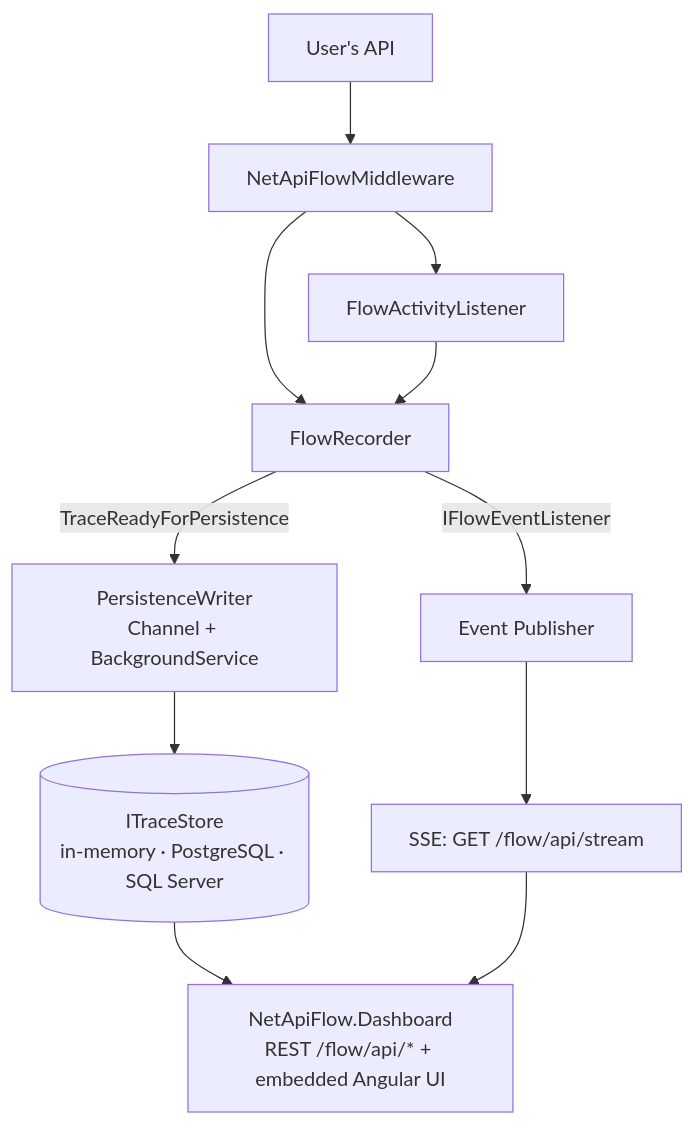
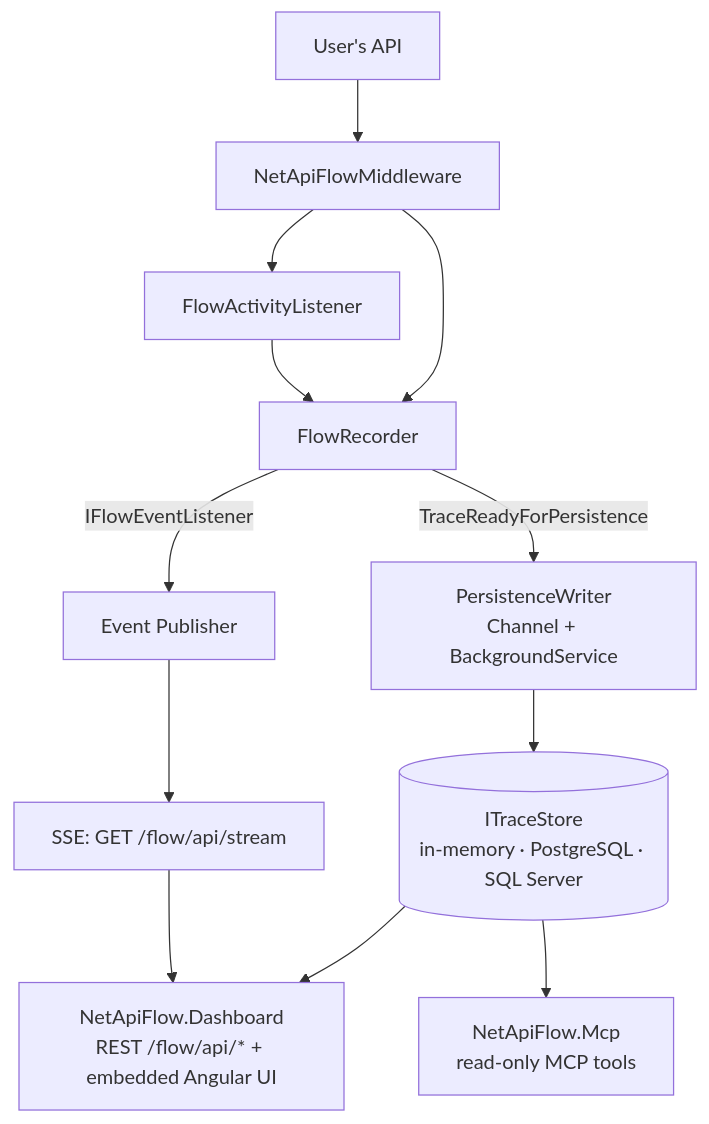
The diagram in docs/architecture.md (Douglasproglima/netapiflow), drawn with Mermaid before and after one commit. The commit also changed other lines of this file and 323 other files, not shown here.

````diff
--- a/docs/architecture.md
+++ b/docs/architecture.md
@@ -7,13 +7,14 @@
 ```mermaid
 flowchart TD
     User[User's API] --> MW[NetApiFlowMiddleware]
     MW --> AL[FlowActivityListener]
     MW --> REC[FlowRecorder]
     AL --> REC
     REC -- TraceReadyForPersistence --> PW[PersistenceWriter<br/>Channel + BackgroundService]
     REC -- IFlowEventListener --> EP[Event Publisher]
     EP --> SSE[SSE: GET /flow/api/stream]
     PW --> STORE[(ITraceStore<br/>in-memory · PostgreSQL · SQL Server)]
     STORE --> DASH[NetApiFlow.Dashboard<br/>REST /flow/api/* + embedded Angular UI]
     SSE --> DASH
+    STORE --> MCP[NetApiFlow.Mcp<br/>read-only MCP tools]
 ```
````
